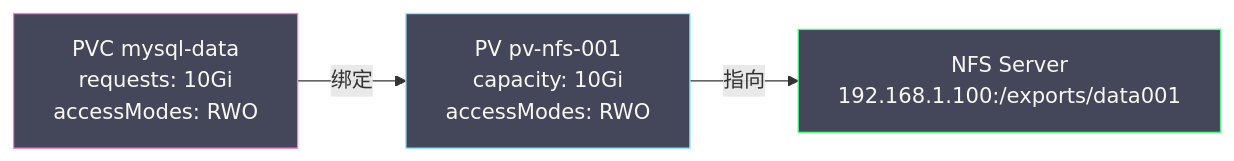
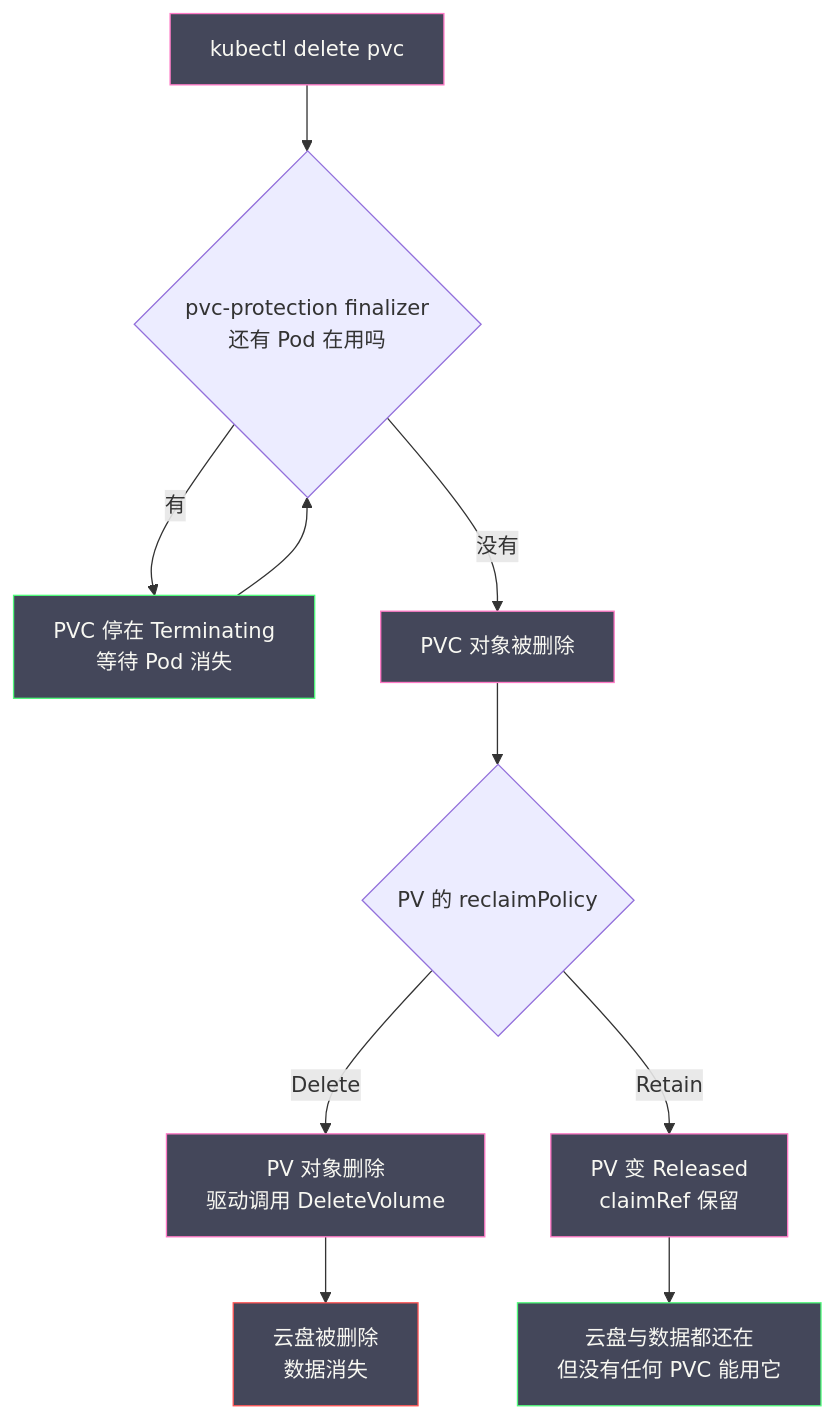
One commit to hpliStartAgain/my-brain changed the third of 5 diagrams in content/云原生/Kubernetes/kubernetes生产实践与集群管理/01 持久化存储——PV PVC StorageClass 与 CSI.md. Above: the diagram before and after it, drawn with Mermaid. The commit also changed other lines of this file and 259 other files, not shown here.

````diff
--- a/content/云原生/Kubernetes/kubernetes生产实践与集群管理/01 持久化存储——PV PVC StorageClass 与 CSI.md
+++ b/content/云原生/Kubernetes/kubernetes生产实践与集群管理/01 持久化存储——PV PVC StorageClass 与 CSI.md
@@ -102,14 +236,22 @@
 ```mermaid
 %%{init: {'theme': 'dracula'}}%%
-graph LR
-    PVC["PVC mysql-data</br>requests: 10Gi</br>accessModes: RWO"] -->|"绑定"| PV["PV pv-nfs-001</br>capacity: 10Gi</br>accessModes: RWO"]
-    PV -->|"指向"| NFS["NFS Server</br>192.168.1.100:/exports/data001"]
+graph TD
+    S["kubectl delete pvc"] --> F1{"pvc-protection finalizer<br/>还有 Pod 在用吗"}
+    F1 -->|"有"| W["PVC 停在 Terminating<br/>等待 Pod 消失"]
+    F1 -->|"没有"| D1["PVC 对象被删除"]
+    D1 --> R{"PV 的 reclaimPolicy"}
+    R -->|"Delete"| P1["PV 对象删除<br/>驱动调用 DeleteVolume"]
+    R -->|"Retain"| P2["PV 变 Released<br/>claimRef 保留"]
+    P1 --> C1["云盘被删除<br/>数据消失"]
+    P2 --> C2["云盘与数据都还在<br/>但没有任何 PVC 能用它"]
 
-    classDef pvc fill:#44475a,stroke:#ff79c6,color:#f8f8f2
-    classDef pv fill:#44475a,stroke:#8be9fd,color:#f8f8f2
-    classDef storage fill:#44475a,stroke:#50fa7b,color:#f8f8f2
+    W --> F1
 
-    class PVC pvc
-    class PV pv
-    class NFS storage
+    classDef act fill:#44475a,stroke:#ff79c6,color:#f8f8f2
+    classDef keep fill:#44475a,stroke:#50fa7b,color:#f8f8f2
+    classDef gone fill:#44475a,stroke:#ff5555,color:#f8f8f2
+
+    class S,D1,P1,P2 act
+    class C2,W keep
+    class C1 gone
 ```
````
